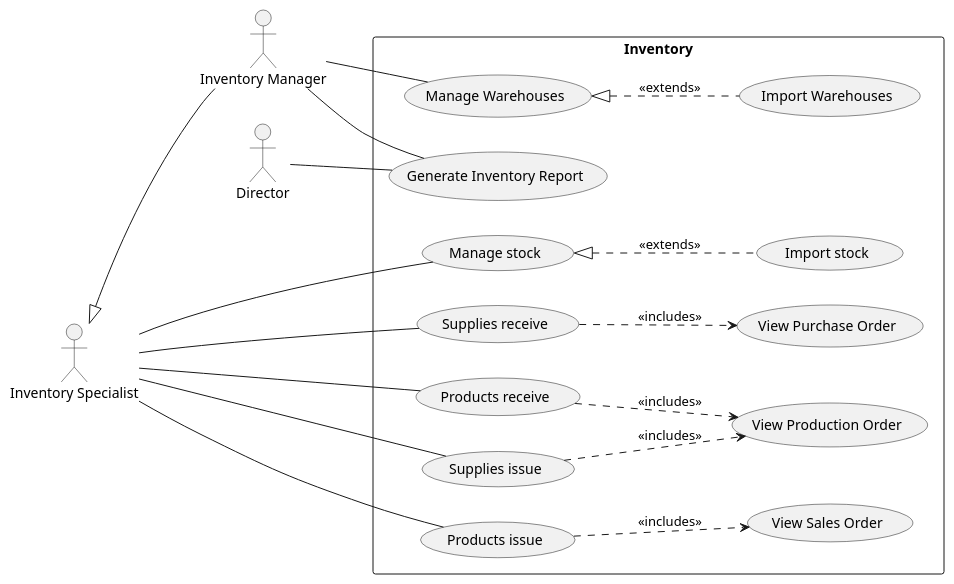
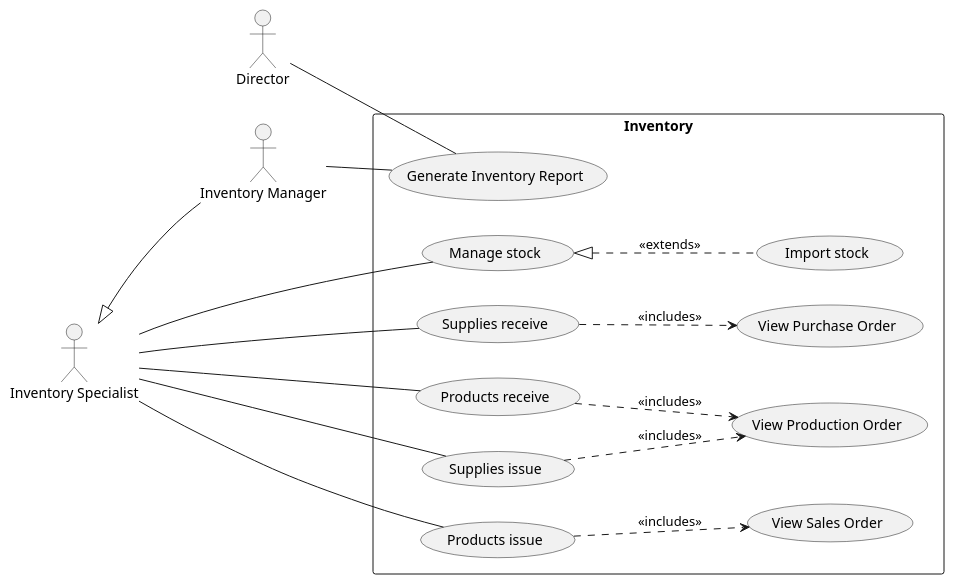
One commit to phihungha/scmss-reqs changed the diagram in use-cases/inventory.plantuml. Above: the diagram before and after it, drawn with PlantUML. The commit also changed 19 other files, not shown here.

```diff
--- a/use-cases/inventory.plantuml
+++ b/use-cases/inventory.plantuml
@@ -1,29 +1,27 @@
 @startuml inventory
 left to right direction
 
 :Director: as d
 
 :Inventory Manager: as im
 :Inventory Specialist: as is
 is <|-- im
 
 rectangle Inventory {
     is -- (Manage stock)
     (Manage stock) <|.. (Import stock) : <<extends>>
 
     is -- (Supplies receive)
     (Supplies receive) ..> (View Purchase Order) : <<includes>>
     is -- (Products receive)
     (Products receive) ..> (View Production Order) : <<includes>>
 
     is -- (Supplies issue)
     (Supplies issue) ..> (View Production Order) : <<includes>>
     is -- (Products issue)
     (Products issue) ..> (View Sales Order) : <<includes>>
 
-    im -- (Manage Warehouses)
-    (Manage Warehouses) <|.. (Import Warehouses) : <<extends>>
     im -- (Generate Inventory Report)
     d -- (Generate Inventory Report)
 }
 @enduml
```
